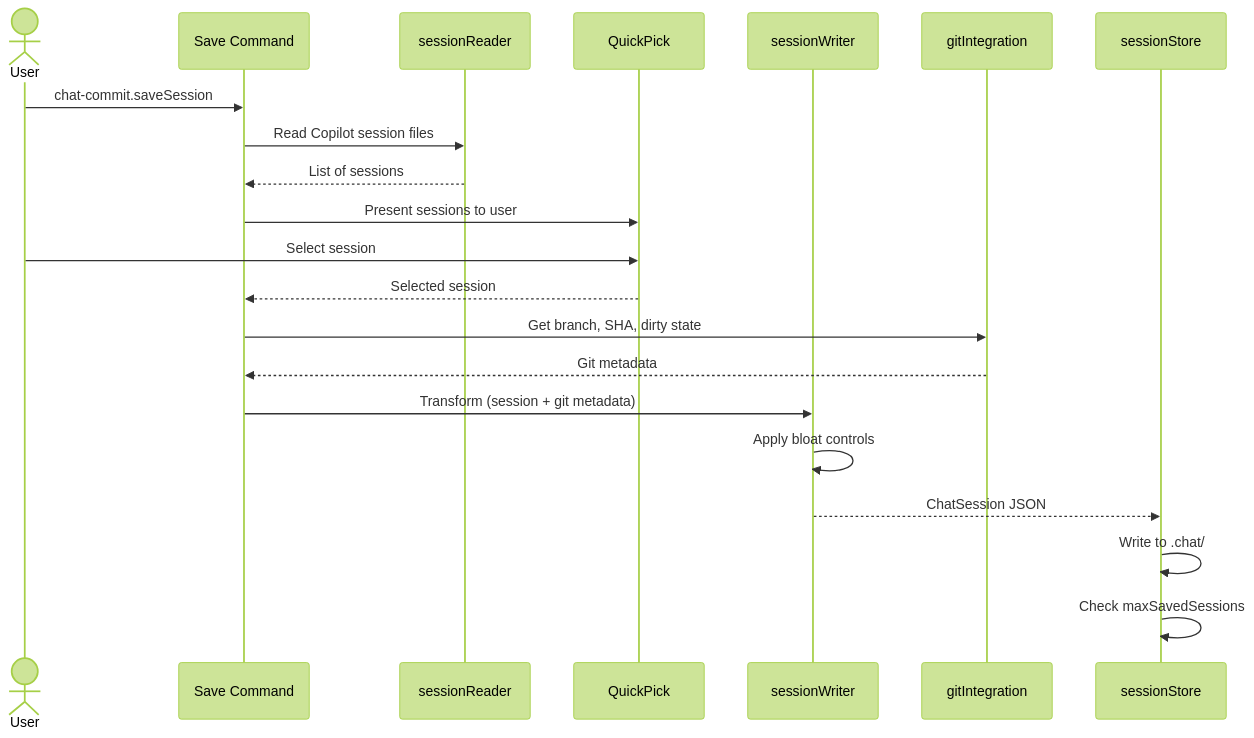
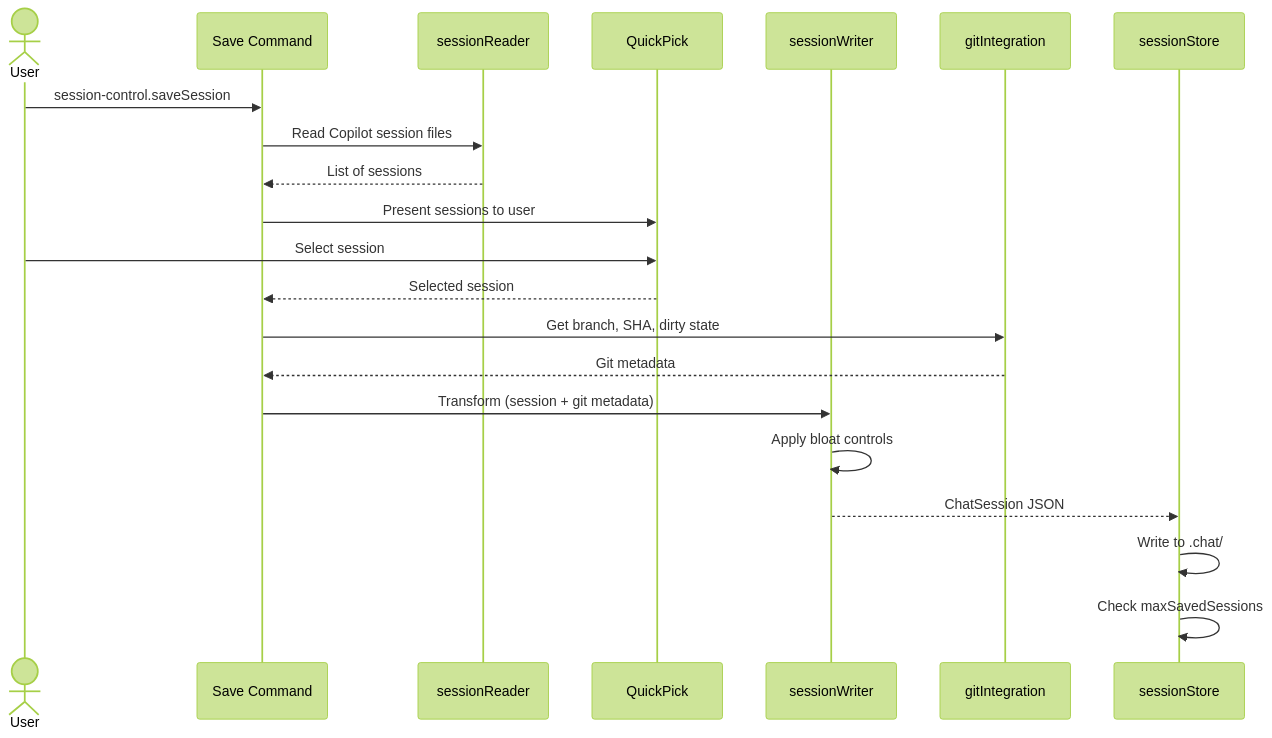
The diagram in wiki/save-system.md (Tempuskg/session-control), drawn with Mermaid (forest theme) before and after one commit. The commit also changed 33 other files, not shown here.

First line of the commit message:
refactor!: rekey extension namespace to session-control

````diff
--- a/wiki/save-system.md
+++ b/wiki/save-system.md
@@ -51,24 +51,24 @@
 ```mermaid
 sequenceDiagram
     actor User
     participant Cmd as Save Command
     participant Reader as sessionReader
     participant QP as QuickPick
     participant Writer as sessionWriter
     participant Git as gitIntegration
     participant Store as sessionStore
 
-    User->>Cmd: chat-commit.saveSession
+    User->>Cmd: session-control.saveSession
     Cmd->>Reader: Read Copilot session files
     Reader-->>Cmd: List of sessions
     Cmd->>QP: Present sessions to user
     User->>QP: Select session
     QP-->>Cmd: Selected session
     Cmd->>Git: Get branch, SHA, dirty state
     Git-->>Cmd: Git metadata
     Cmd->>Writer: Transform (session + git metadata)
     Writer->>Writer: Apply bloat controls
     Writer-->>Store: ChatSession JSON
     Store->>Store: Write to .chat/
     Store->>Store: Check maxSavedSessions
 ```
````
